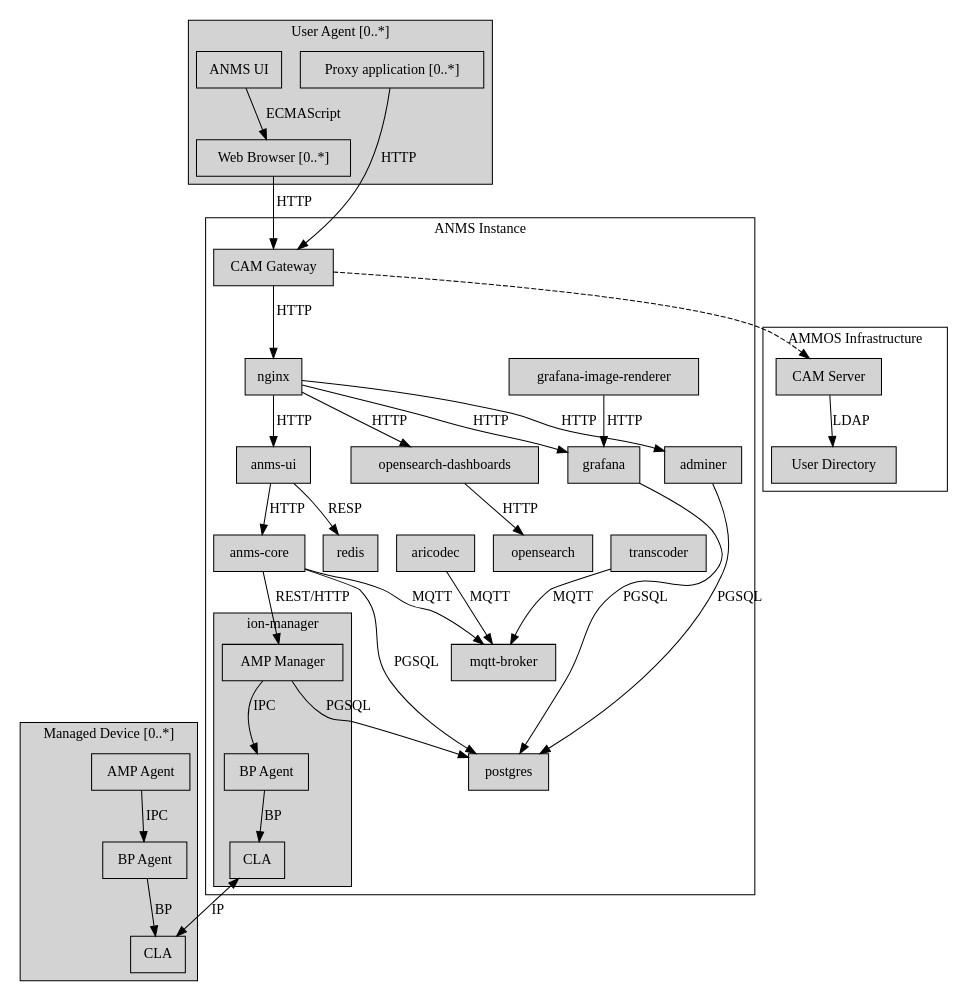
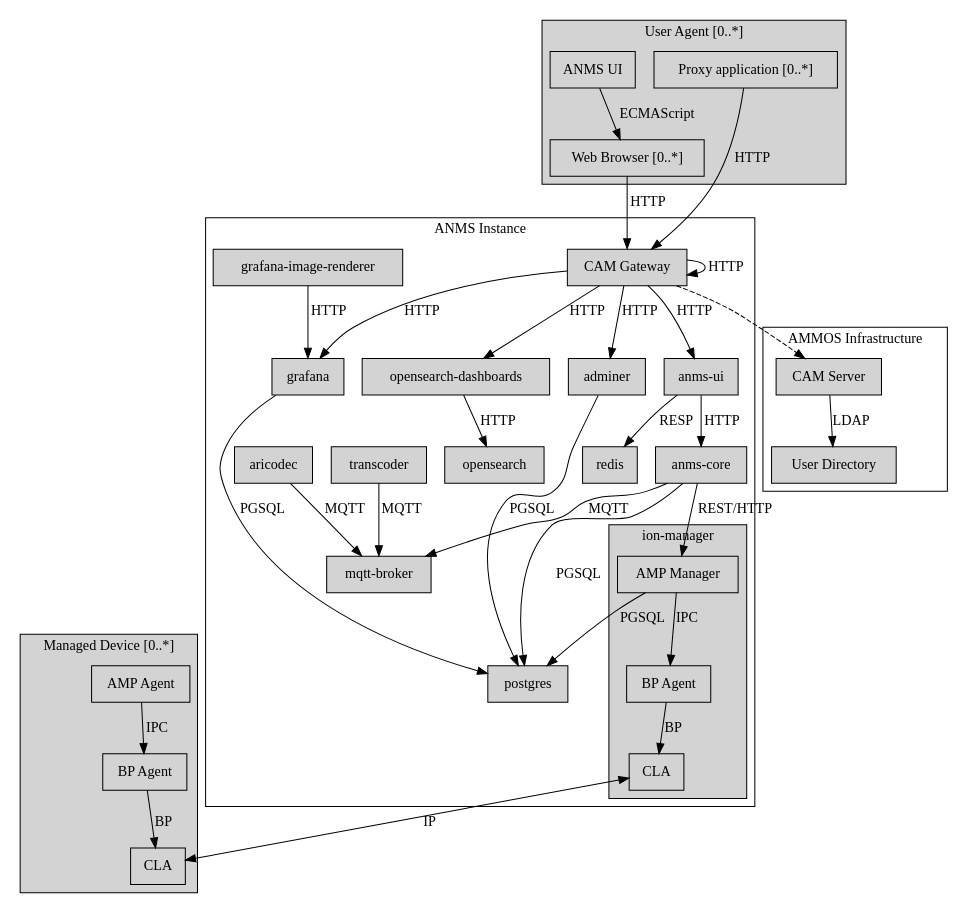
The diagram in product-guide/anms-components-protocol.gv (NASA-AMMOS/anms-docs), drawn with Graphviz before and after one commit. The commit also changed 3 other files, not shown here.

```diff
--- a/product-guide/anms-components-protocol.gv
+++ b/product-guide/anms-components-protocol.gv
@@ -1,93 +1,92 @@
 digraph AMMOS {
   node [shape=box,style=filled];
 
   subgraph cluster_ANMS {
     label="ANMS Instance";
 
     authnz [label="CAM Gateway" group=main];
-    nginx [group=main];
-    authnz -> nginx [label="HTTP"];
+    authnz -> authnz [label="HTTP"];
     
     anms_ui [label="anms-ui" group=main];
     anms_core [label="anms-core" group=main];
     transcoder [label="transcoder"];
     aricodec [label="aricodec"];
     mqtt_broker [label="mqtt-broker"];
     subgraph cluster_manager {
       label="ion-manager";
       style=filled;
 
       amp_manager [label="AMP Manager"];
       bp_manager [label="BP Agent"];
       cla_manager [label="CLA"];
       
       amp_manager -> bp_manager [label="IPC"];
       bp_manager -> cla_manager [label="BP"];
     }
     opensearch [label="opensearch"]
     opensearch_dash [label="opensearch-dashboards"];
 
     adminer;
     postgres;
     redis;
 
-    nginx -> adminer [label="HTTP"];
+    authnz -> adminer [label="HTTP"];
     adminer -> postgres [label="PGSQL"];
     
-    nginx -> opensearch_dash -> opensearch [label="HTTP"];
+    authnz -> opensearch_dash -> opensearch [label="HTTP"];
 
-    nginx -> anms_ui -> anms_core [label="HTTP"];
+    authnz -> anms_ui -> anms_core [label="HTTP"];
     anms_ui -> redis [label="RESP"];
     anms_core -> postgres [label="PGSQL"];
     anms_core -> amp_manager [label="REST/HTTP"];
     anms_core -> mqtt_broker [label="MQTT"];
     transcoder -> mqtt_broker [label="MQTT"];
     aricodec -> mqtt_broker [label="MQTT"];
 
     amp_manager -> postgres [label="PGSQL"];
 
     grafana;
     grafana_image_renderer [label="grafana-image-renderer"];
-    nginx -> grafana [label="HTTP"];
+    authnz -> grafana [label="HTTP"];
     grafana_image_renderer -> grafana [label="HTTP"];
     
     grafana -> postgres [label="PGSQL"];
   }
 
   subgraph cluster_infra {
     label="AMMOS Infrastructure";
 
     cam_server [label="CAM Server"];
     ldap_server [label="User Directory"];
     
     cam_server -> ldap_server [label="LDAP"];
   }
   authnz -> cam_server [style=dashed];
 
   subgraph cluster_user_agent {
     label="User Agent [0..*]";
     style=filled;
 
     ui_runtime [label="ANMS UI" group=main];
     browser [label="Web Browser [0..*]" group=main];
     ui_runtime -> browser [label="ECMAScript"];
     browser -> authnz [label="HTTP"];
 
     proxy [label="Proxy application [0..*]"];
     proxy -> authnz [label="HTTP"];
   }
   
   subgraph cluster_agents {
     label="Managed Device [0..*]";
     style=filled;
 
     amp_agent [label="AMP Agent"];
     bp_managed [label="BP Agent"];
     cla_managed [label="CLA"];
 
     amp_agent -> bp_managed [label="IPC"];
     bp_managed -> cla_managed [label="BP"];
   }
   #bp_manager -> bp_managed [style=dashed dir=both];
   cla_manager -> cla_managed [label="IP" dir=both];
 }
```
